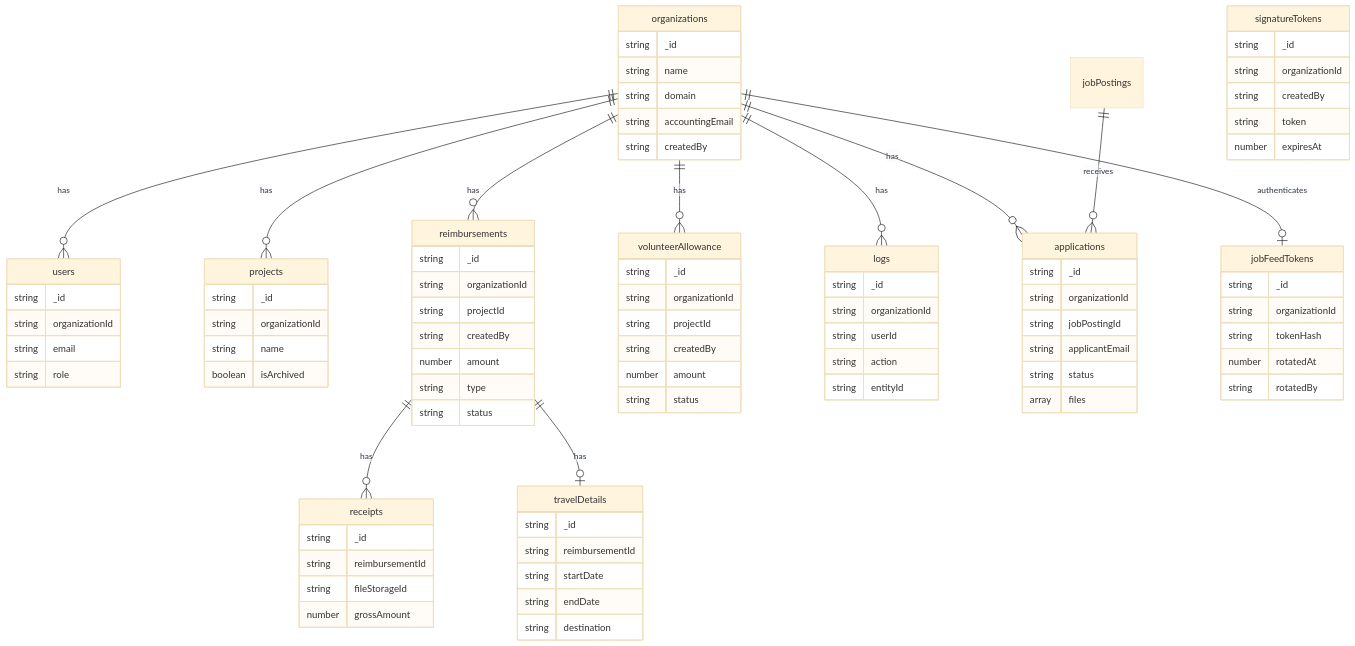
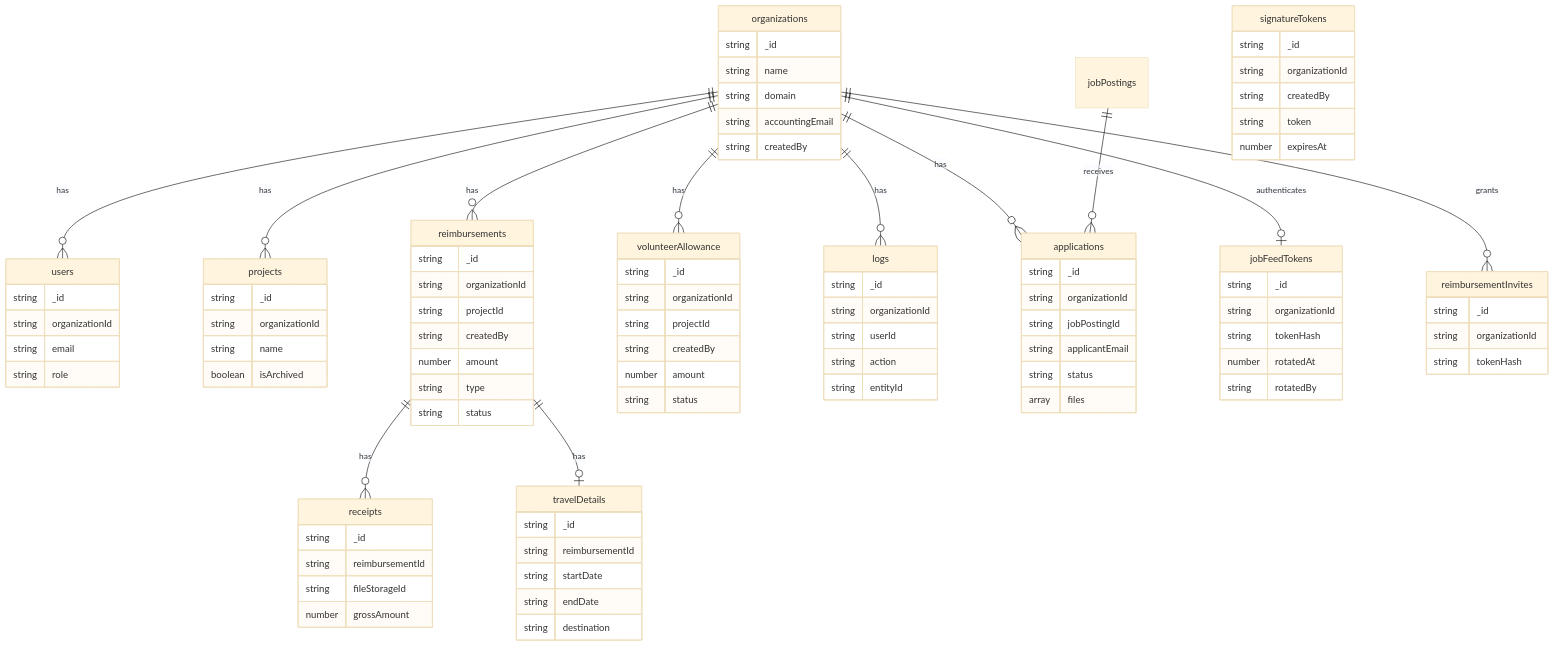
One commit to yfndev/ybase changed the diagram in docs/schema.md. Above: the diagram before and after it, drawn with Mermaid (base theme). The commit also changed 11 other files, not shown here.

```diff
--- a/docs/schema.md
+++ b/docs/schema.md
@@ -14,6 +14,7 @@
     organizations ||--o{ applications : has
     jobPostings ||--o{ applications : receives
     organizations ||--o| jobFeedTokens : authenticates
+    organizations ||--o{ reimbursementInvites : grants
     reimbursements ||--o{ receipts : has
     reimbursements ||--o| travelDetails : has
 
@@ -31,6 +32,12 @@
         string tokenHash
         number rotatedAt
         string rotatedBy
+    }
+
+    reimbursementInvites {
+        string _id
+        string organizationId
+        string tokenHash
     }
 
     users {
```
